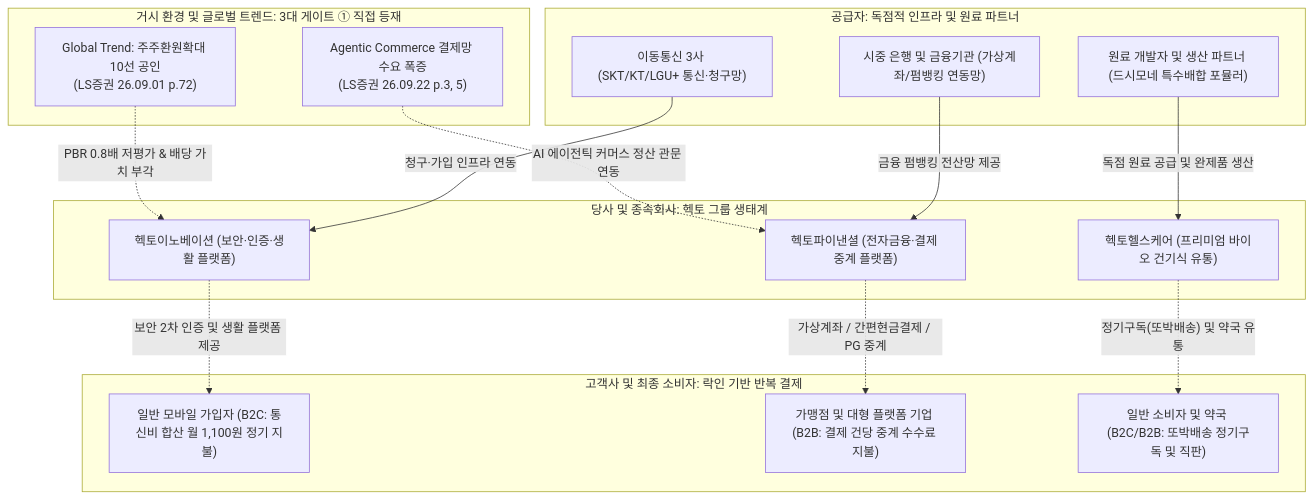
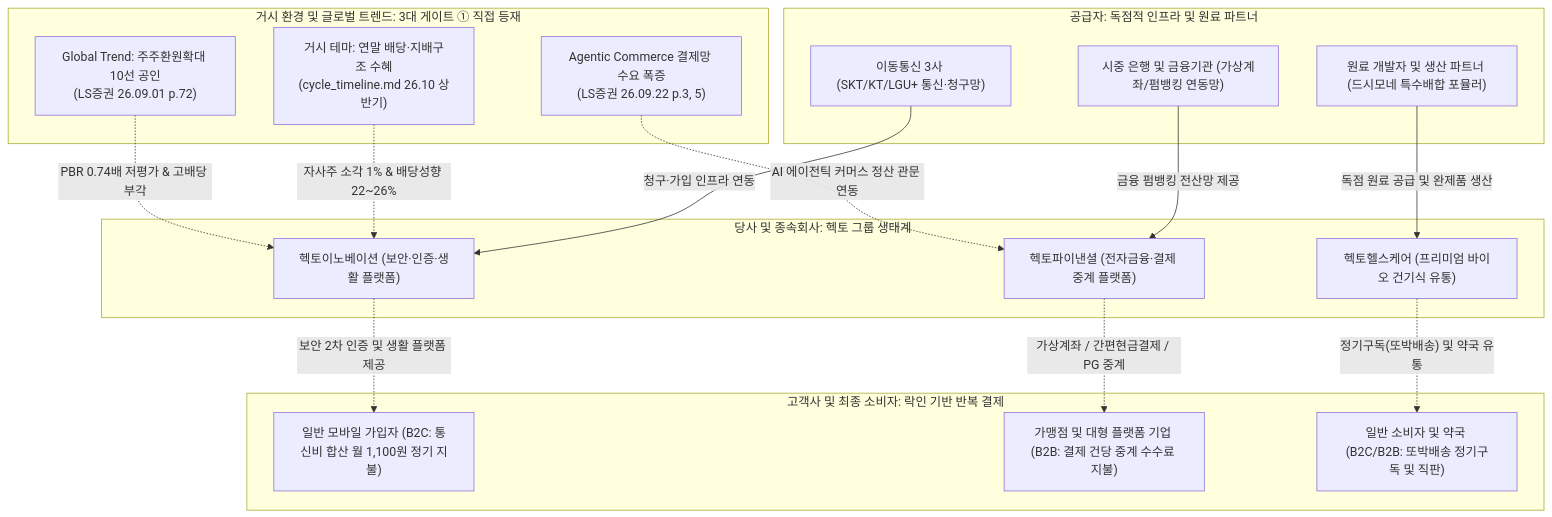
Before and after one commit to eve830521-cmd/my-skill: the diagram in Stock_Research/헥토이노베이션/3_Final_Reports/Phase1_Report.md, drawn with Mermaid. The commit also changed other lines of this file and 96 other files, not shown here.

````diff
--- a/Stock_Research/헥토이노베이션/3_Final_Reports/Phase1_Report.md
+++ b/Stock_Research/헥토이노베이션/3_Final_Reports/Phase1_Report.md
@@ -15,36 +25,38 @@
 ```mermaid
 graph TD
     subgraph "거시 환경 및 글로벌 트렌드: 3대 게이트 ① 직접 등재"
     M1["Global Trend: 주주환원확대 10선 공인<br>(LS증권 26.09.01 p.72)"]
     M2["Agentic Commerce 결제망 수요 폭증<br>(LS증권 26.09.22 p.3, 5)"]
+    M3["거시 테마: 연말 배당·지배구조 수혜<br>(cycle_timeline.md 26.10 상반기)"]
     end
 
     subgraph "공급자: 독점적 인프라 및 원료 파트너"
     A1["이동통신 3사 (SKT/KT/LGU+ 통신·청구망)"]
     A2["시중 은행 및 금융기관 (가상계좌/펌뱅킹 연동망)"]
     A3["원료 개발자 및 생산 파트너 (드시모네 특수배합 포뮬러)"]
     end
 
     subgraph "당사 및 종속회사: 헥토 그룹 생태계"
     B1["헥토이노베이션 (보안·인증·생활 플랫폼)"]
     B2["헥토파이낸셜 (전자금융·결제 중계 플랫폼)"]
     B3["헥토헬스케어 (프리미엄 바이오 건기식 유통)"]
     end
 
     subgraph "고객사 및 최종 소비자: 락인 기반 반복 결제"
     C1["일반 모바일 가입자 (B2C: 통신비 합산 월 1,100원 정기 지불)"]
     C2["가맹점 및 대형 플랫폼 기업 (B2B: 결제 건당 중계 수수료 지불)"]
     C3["일반 소비자 및 약국 (B2C/B2B: 또박배송 정기구독 및 직판)"]
     end
 
-    M1 -. "PBR 0.8배 저평가 & 배당 가치 부각" .-> B1
+    M1 -. "PBR 0.74배 저평가 & 고배당 부각" .-> B1
     M2 -. "AI 에이전틱 커머스 정산 관문 연동" .-> B2
+    M3 -. "자사주 소각 1% & 배당성향 22~26%" .-> B1
 
     A1 -->|"청구·가입 인프라 연동"| B1
     A2 -->|"금융 펌뱅킹 전산망 제공"| B2
     A3 -->|"독점 원료 공급 및 완제품 생산"| B3
 
     B1 -. "보안 2차 인증 및 생활 플랫폼 제공" .-> C1
     B2 -. "가상계좌 / 간편현금결제 / PG 중계" .-> C2
     B3 -. "정기구독(또박배송) 및 약국 유통" .-> C3
 ```
````
